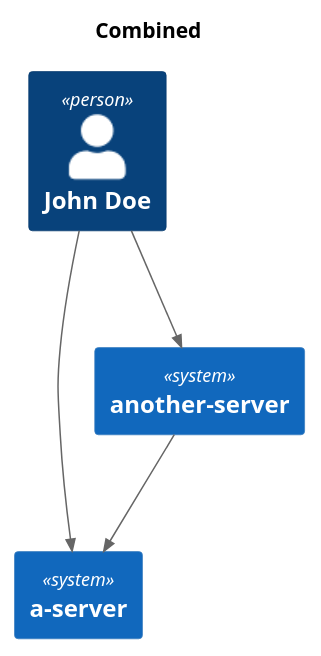
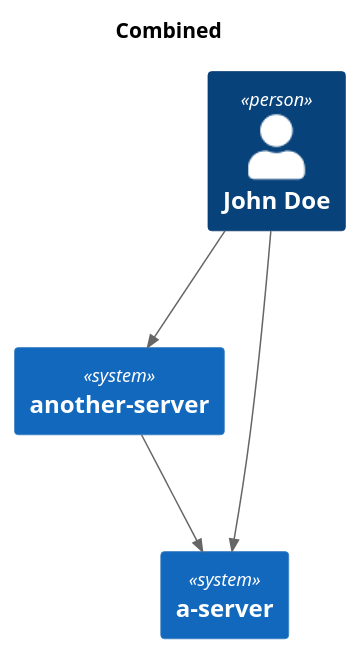
Before and after one commit to http4k/http4k-diagram-examples: the diagram in sequence-diagrams/.generated/diagrams/Combined - Interactions.puml, drawn with PlantUML. The commit also changed 11 other files, not shown here.

Commit message:
order actors by where they appear in the flow

```diff
--- a/sequence-diagrams/.generated/diagrams/Combined - Interactions.puml
+++ b/sequence-diagrams/.generated/diagrams/Combined - Interactions.puml
@@ -1,13 +1,13 @@
 @startuml
 title Combined
 
 !include https://raw.githubusercontent.com/plantuml-stdlib/C4-PlantUML/master/C4_Container.puml
 
 
 Person(JohnDoe, "John Doe")
-System(aserver, "a-server")
-System(anotherserver, "another-server")    
+System(anotherserver, "another-server")
+System(aserver, "a-server")    
 Rel_D(JohnDoe, aserver, " ") 
 Rel_D(JohnDoe, anotherserver, " ") 
 Rel_D(anotherserver, aserver, " ")     
 @enduml
```
